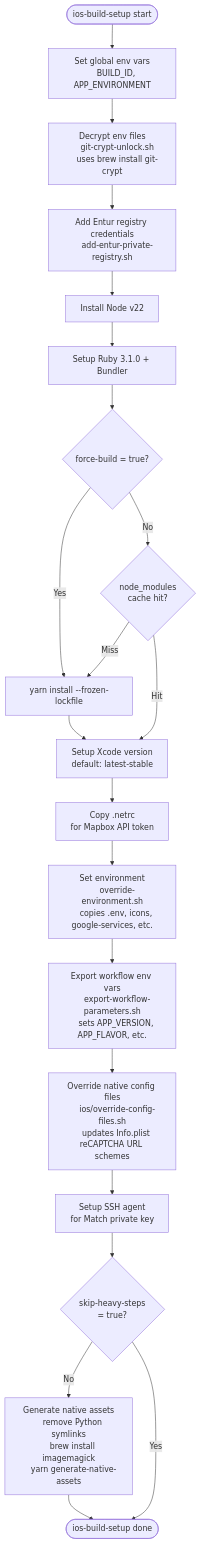
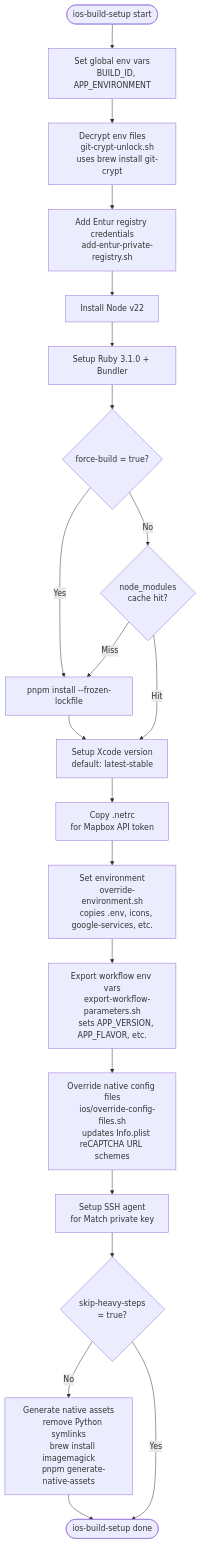
One commit to AtB-AS/mittatb-app changed the second of 7 diagrams in docs/ios-build-staging-graph.md. Above: the diagram before and after it, drawn with Mermaid. The commit also changed other lines of this file and 36 other files, not shown here.

Commit message:
build: replace yarn with pnpm

````diff
--- a/docs/ios-build-staging-graph.md
+++ b/docs/ios-build-staging-graph.md
@@ -92,59 +92,59 @@
 ```mermaid
 flowchart TD
     start(["ios-build-setup start"])
 
     start --> env_vars["Set global env vars
     BUILD_ID, APP_ENVIRONMENT"]
 
     env_vars --> decrypt["Decrypt env files
     git-crypt-unlock.sh
     uses brew install git-crypt"]
 
     decrypt --> entur["Add Entur registry credentials
     add-entur-private-registry.sh"]
 
     entur --> node["Install Node v22"]
 
     node --> ruby["Setup Ruby 3.1.0 + Bundler"]
 
     ruby --> nm_check{"force-build = true?"}
 
-    nm_check -- Yes --> yarn_install["yarn install --frozen-lockfile"]
+    nm_check -- Yes --> yarn_install["pnpm install --frozen-lockfile"]
     nm_check -- No --> nm_cache{"node_modules
     cache hit?"}
 
     nm_cache -- Miss --> yarn_install
     nm_cache -- Hit --> xcode
 
     yarn_install --> xcode["Setup Xcode version
     default: latest-stable"]
 
     xcode --> netrc["Copy .netrc
     for Mapbox API token"]
 
     netrc --> set_env["Set environment
     override-environment.sh
     copies .env, icons, google-services, etc."]
 
     set_env --> export_env["Export workflow env vars
     export-workflow-parameters.sh
     sets APP_VERSION, APP_FLAVOR, etc."]
 
     export_env --> override_config["Override native config files
     ios/override-config-files.sh
     updates Info.plist reCAPTCHA URL schemes"]
 
     override_config --> ssh_agent["Setup SSH agent
     for Match private key"]
 
     ssh_agent --> heavy_check{"skip-heavy-steps
     = true?"}
 
     heavy_check -- No --> gen_assets["Generate native assets
     remove Python symlinks
     brew install imagemagick
-    yarn generate-native-assets"]
+    pnpm generate-native-assets"]
 
     gen_assets --> done(["ios-build-setup done"])
     heavy_check -- Yes --> done
 ```
````
